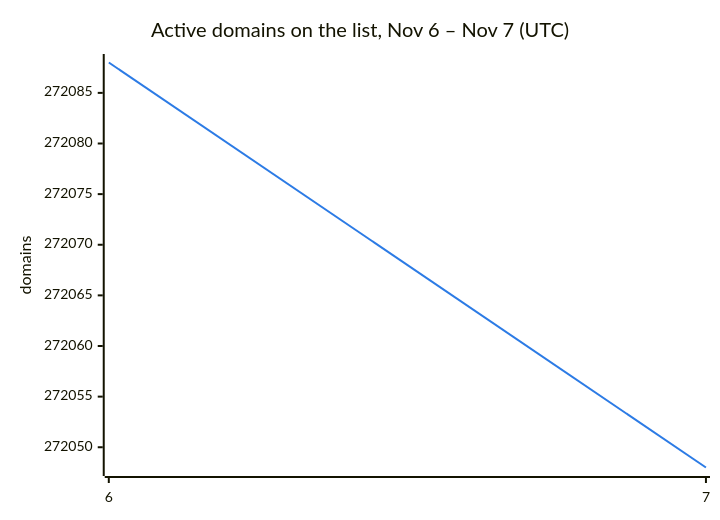
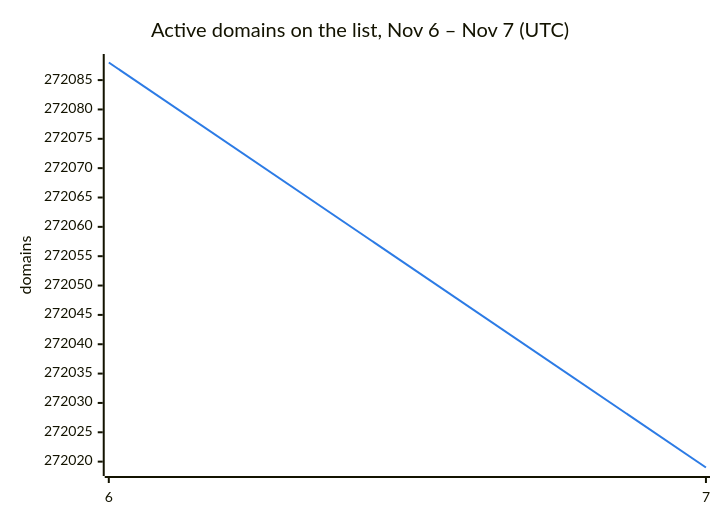
The second of 3 diagrams in README.md (DNSBunker/CTI), drawn with Mermaid before and after one commit. The commit also changed other lines of this file and 3 other files, not shown here.

````diff
--- a/README.md
+++ b/README.md
@@ -38,8 +38,8 @@
 ```mermaid
 %%{init: {"themeVariables": {"xyChart": {"plotColorPalette": "#2c7be5"}}}}%%
 xychart-beta
     title "Active domains on the list, Nov 6 – Nov 7 (UTC)"
     x-axis ["6", "7"]
     y-axis "domains"
-    line [272088, 272048]
+    line [272088, 272019]
 ```
````
